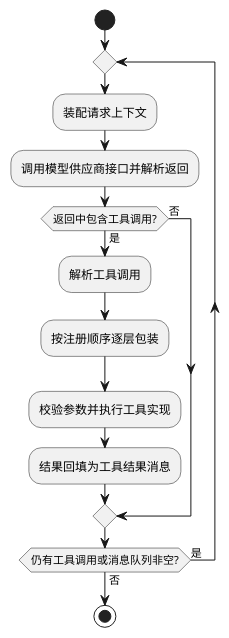
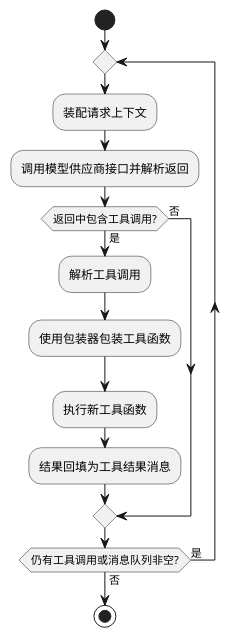
Before and after one commit to pisciculus0413/Pisces: the fourth of 9 diagrams in docs/1 High-Level Design/1 High-Level Design.md, drawn with PlantUML. The commit also changed other lines of this file, not shown here.

````diff
--- a/docs/1 High-Level Design/1 High-Level Design.md
+++ b/docs/1 High-Level Design/1 High-Level Design.md
@@ -410,17 +422,17 @@
 ```plantuml
 @startuml
 start
 repeat
   :装配请求上下文;
   :调用模型供应商接口并解析返回;
   if (返回中包含工具调用?) then (是)
     :解析工具调用;
-    :按注册顺序逐层包装;
-    :校验参数并执行工具实现;
+    :使用包装器包装工具函数;
+    :执行新工具函数;
     :结果回填为工具结果消息;
   else (否)
   endif
 repeat while (仍有工具调用或消息队列非空?) is (是) not (否)
 stop
 @enduml
 ```
````
